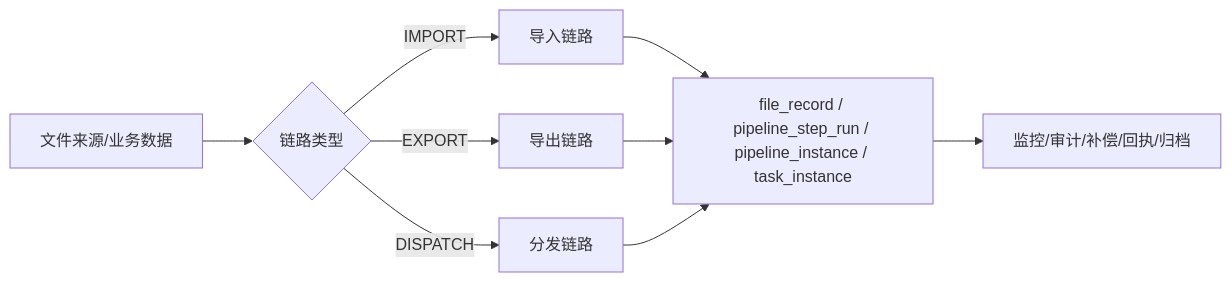
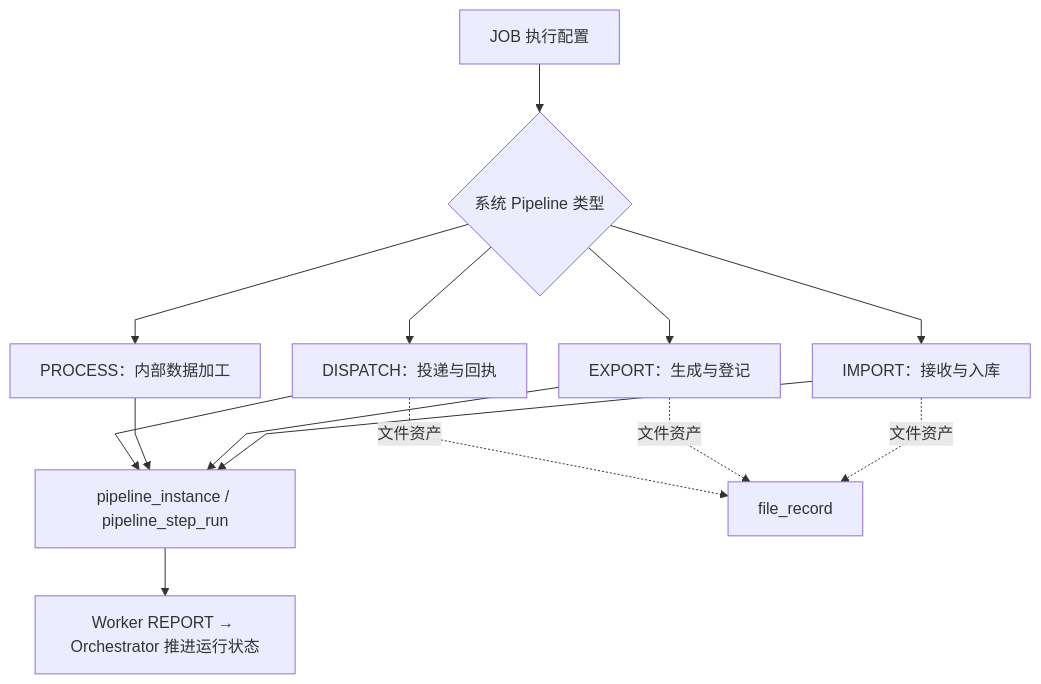
The first of 8 diagrams in docs/design/file-pipeline-design.md (pinpols/file-batch-system), drawn with Mermaid before and after one commit. The commit also changed other lines of this file and 5032 other files, not shown here.

````diff
--- a/docs/design/file-pipeline-design.md
+++ b/docs/design/file-pipeline-design.md
@@ -20,13 +22,17 @@
 ```mermaid
-flowchart LR
-    A[文件来源/业务数据] --> B{链路类型}
-    B -->|IMPORT| C[导入链路]
-    B -->|EXPORT| D[导出链路]
-    B -->|DISPATCH| E[分发链路]
-
-    C --> F[file_record / pipeline_step_run / pipeline_instance / task_instance]
-    D --> F
-    E --> F
-
-    F --> G[监控/审计/补偿/回执/归档]
+%%{init: {"flowchart":{"curve":"linear","nodeSpacing":32,"rankSpacing":48},"sequence":{"mirrorActors":false}}}%%
+flowchart TB
+  J[JOB 执行配置] --> T{系统 Pipeline 类型}
+  T --> I[IMPORT：接收与入库]
+  T --> E[EXPORT：生成与登记]
+  T --> P[PROCESS：内部数据加工]
+  T --> D[DISPATCH：投递与回执]
+  I --> R[pipeline_instance / pipeline_step_run]
+  E --> R
+  P --> R
+  D --> R
+  I -. 文件资产 .-> F[file_record]
+  E -. 文件资产 .-> F
+  D -. 文件资产 .-> F
+  R --> O[Worker REPORT → Orchestrator 推进运行状态]
 ```
````
